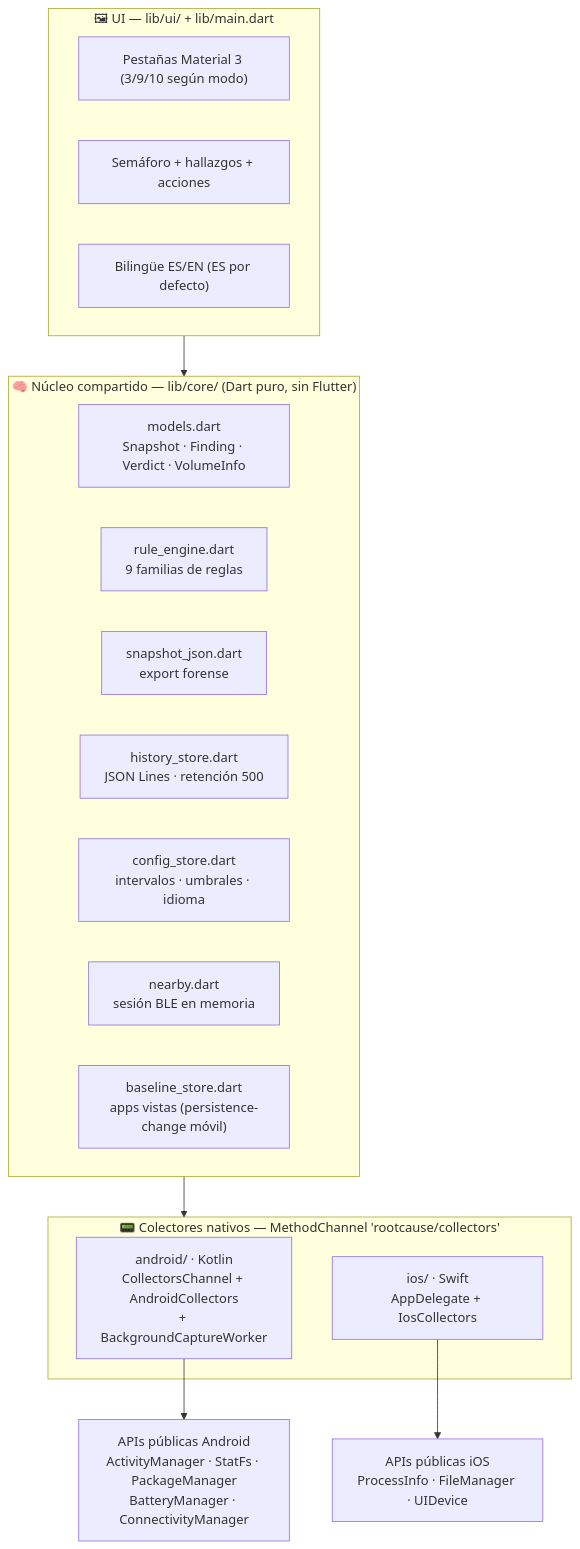
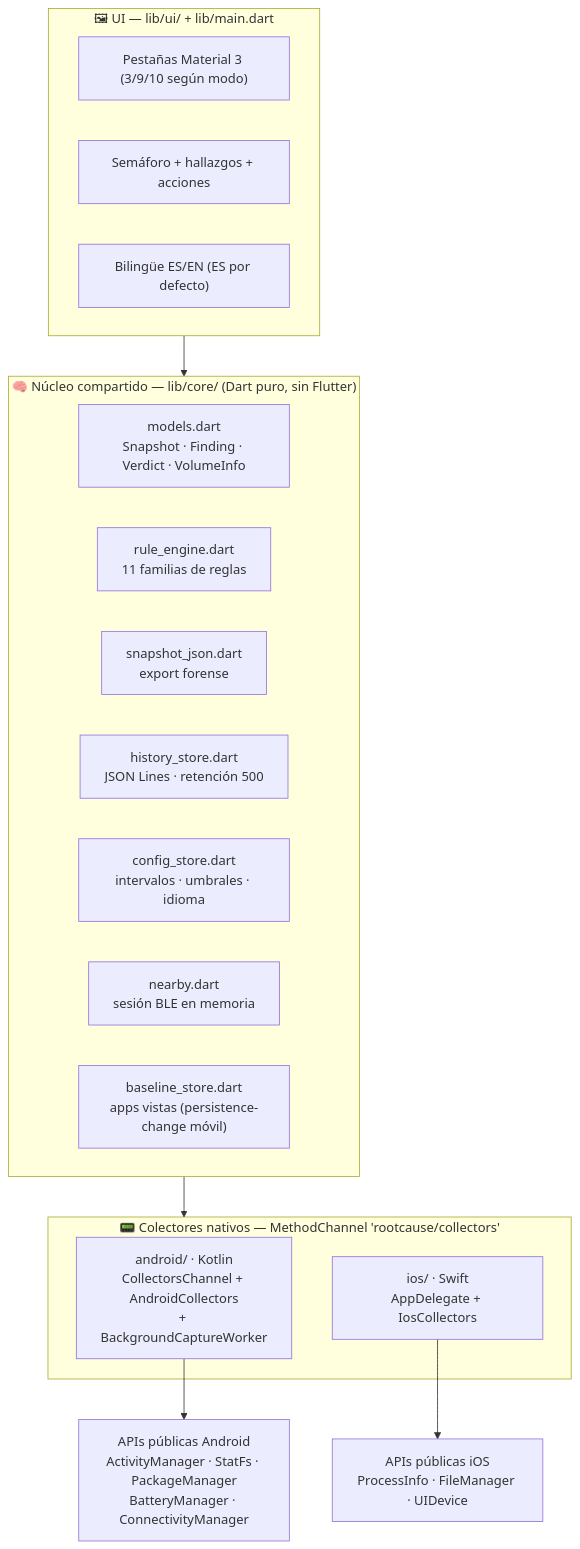
Before and after one commit to vladimiracunadev-create/rootcause-mobile-inspector: the first of 2 diagrams in docs/ARCHITECTURE.md, drawn with Mermaid. The commit also changed other lines of this file and 45 other files, not shown here.

````diff
--- a/docs/ARCHITECTURE.md
+++ b/docs/ARCHITECTURE.md
@@ -7,28 +7,28 @@
 ```mermaid
 flowchart TB
     subgraph UI["🖼 UI — lib/ui/ + lib/main.dart"]
         TABS["Pestañas Material 3 (3/9/10 según modo)"]
         SEM["Semáforo + hallazgos + acciones"]
         I18N["Bilingüe ES/EN (ES por defecto)"]
     end
 
     subgraph CORE["🧠 Núcleo compartido — lib/core/ (Dart puro, sin Flutter)"]
         MODELS["models.dart<br/>Snapshot · Finding · Verdict · VolumeInfo"]
-        ENGINE["rule_engine.dart<br/>9 familias de reglas"]
+        ENGINE["rule_engine.dart<br/>11 familias de reglas"]
         JSON["snapshot_json.dart<br/>export forense"]
         HIST["history_store.dart<br/>JSON Lines · retención 500"]
         CFG["config_store.dart<br/>intervalos · umbrales · idioma"]
         NEAR["nearby.dart<br/>sesión BLE en memoria"]
         BASE["baseline_store.dart<br/>apps vistas (persistence-change móvil)"]
     end
 
     subgraph NATIVE["📟 Colectores nativos — MethodChannel 'rootcause/collectors'"]
         KT["android/ · Kotlin<br/>CollectorsChannel + AndroidCollectors<br/>+ BackgroundCaptureWorker"]
         SW["ios/ · Swift<br/>AppDelegate + IosCollectors"]
     end
 
     UI --> CORE
     CORE --> NATIVE
     KT --> API_A["APIs públicas Android<br/>ActivityManager · StatFs · PackageManager<br/>BatteryManager · ConnectivityManager"]
     SW --> API_I["APIs públicas iOS<br/>ProcessInfo · FileManager · UIDevice"]
 ```
````
